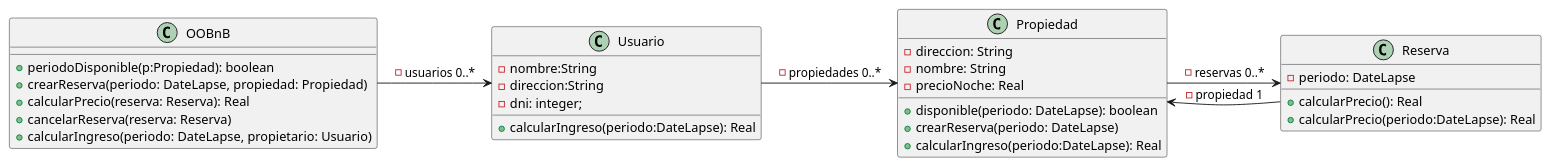
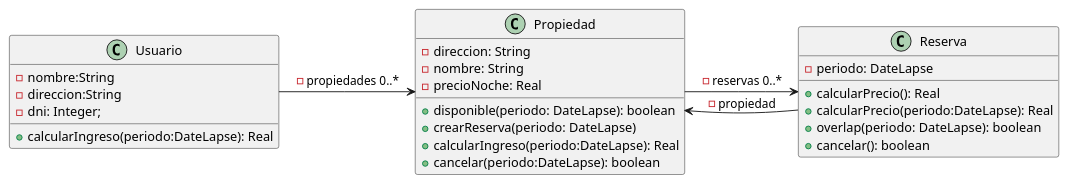
The diagram in eclipse/OO1-2024/src/main/java/ar/edu/unlp/oo1/ejercicio17/uml_17.puml (Francogrch/OO1-2024), drawn with PlantUML before and after one commit. The commit also changed 29 other files, not shown here.

```diff
--- a/eclipse/OO1-2024/src/main/java/ar/edu/unlp/oo1/ejercicio17/uml_17.puml
+++ b/eclipse/OO1-2024/src/main/java/ar/edu/unlp/oo1/ejercicio17/uml_17.puml
@@ -1,40 +1,30 @@
 @startuml
-
-class OOBnB {
-+ periodoDisponible(p:Propiedad): boolean
-+ crearReserva(periodo: DateLapse, propiedad: Propiedad)
-+ calcularPrecio(reserva: Reserva): Real
-+ cancelarReserva(reserva: Reserva)
-+ calcularIngreso(periodo: DateLapse, propietario: Usuario)
-}
-
 class Usuario{
 - nombre:String
 - direccion:String
-- dni: integer;
+- dni: Integer;
 + calcularIngreso(periodo:DateLapse): Real
 }
 
 class Propiedad{
 - direccion: String
 - nombre: String
 - precioNoche: Real
 + disponible(periodo: DateLapse): boolean
 + crearReserva(periodo: DateLapse)
 + calcularIngreso(periodo:DateLapse): Real
++ cancelar(periodo:DateLapse): boolean
 }
 
 class Reserva{
 - periodo: DateLapse
 + calcularPrecio(): Real
 + calcularPrecio(periodo:DateLapse): Real
++ overlap(periodo: DateLapse): boolean
++ cancelar(): boolean
 }
 
-OOBnB -> Usuario : -usuarios 0..*
 Usuario -> Propiedad : -propiedades 0..*
 Propiedad -> Reserva : -reservas 0..*
-Reserva -> Propiedad : -propiedad 1
-
-
-
+Reserva -> Propiedad : -propiedad
 @enduml
```
